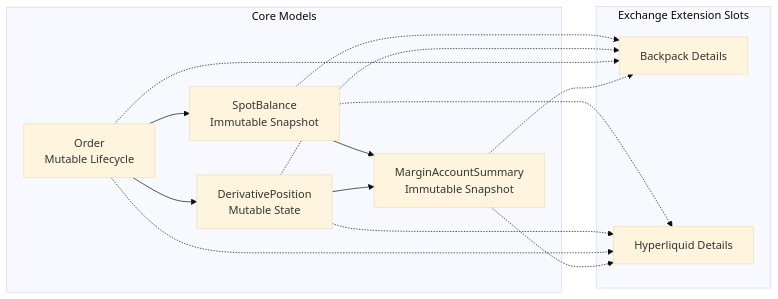
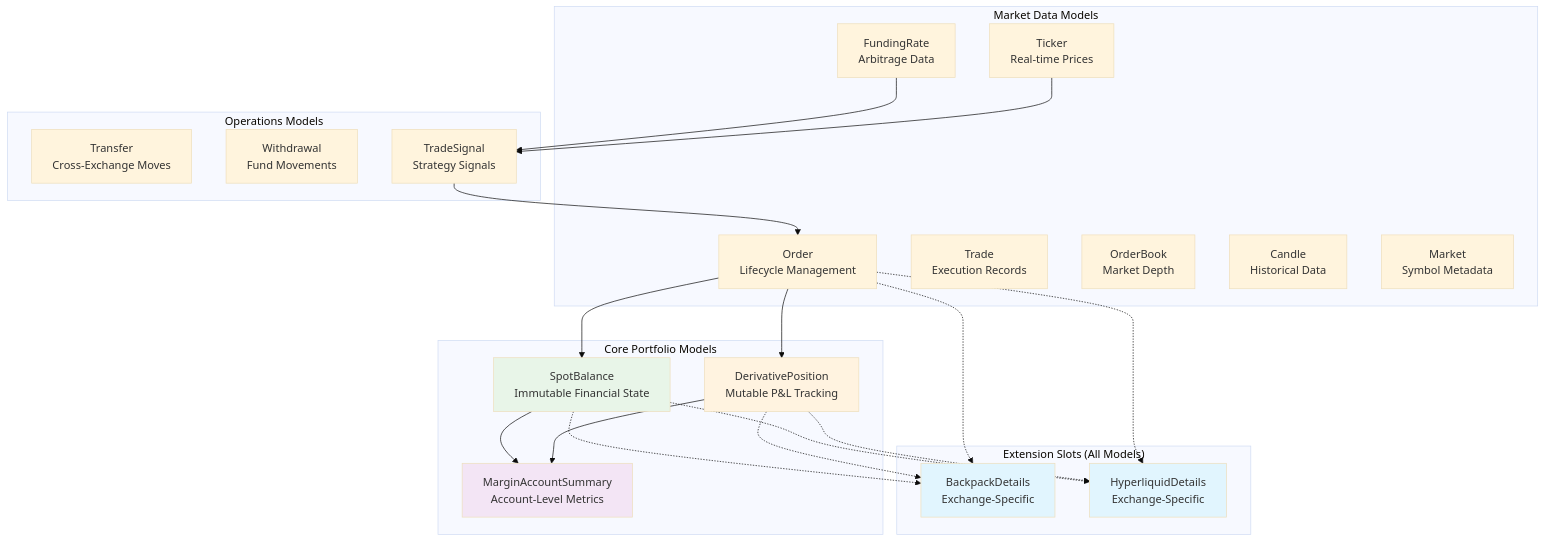
One commit to plataplomo/hummingbot changed the second of 11 diagrams in workflow/spot_vs_derivatives_tests_analysis.md. Above: the diagram before and after it, drawn with Mermaid (base theme). The commit also changed other lines of this file and 58 other files, not shown here.

````diff
--- a/workflow/spot_vs_derivatives_tests_analysis.md
+++ b/workflow/spot_vs_derivatives_tests_analysis.md
@@ -79,28 +83,51 @@
 ```mermaid
-graph LR
-    subgraph "Core Models"
-        SM[SpotBalance<br/>Immutable Snapshot]
-        DM[DerivativePosition<br/>Mutable State]
-        OM[Order<br/>Mutable Lifecycle]
-        AM[MarginAccountSummary<br/>Immutable Snapshot]
+graph TB
+    subgraph "Core Portfolio Models"
+        SB[SpotBalance<br/>Immutable Financial State]
+        DP[DerivativePosition<br/>Mutable P&L Tracking]
+        MA[MarginAccountSummary<br/>Account-Level Metrics]
     end
     
-    subgraph "Exchange Extension Slots"
-        BP[Backpack Details]
-        HL[Hyperliquid Details]
+    subgraph "Market Data Models"
+        OR[Order<br/>Lifecycle Management]
+        TR[Trade<br/>Execution Records]
+        TK[Ticker<br/>Real-time Prices]
+        OB[OrderBook<br/>Market Depth]
+        FR[FundingRate<br/>Arbitrage Data]
+        CD[Candle<br/>Historical Data]
+        MK[Market<br/>Symbol Metadata]
     end
     
-    SM -.-> BP
-    SM -.-> HL
-    DM -.-> BP
-    DM -.-> HL
-    OM -.-> BP
-    OM -.-> HL
-    AM -.-> BP
-    AM -.-> HL
+    subgraph "Operations Models"
+        TF[Transfer<br/>Cross-Exchange Moves]
+        WD[Withdrawal<br/>Fund Movements]
+        TS[TradeSignal<br/>Strategy Signals]
+    end
     
-    SM --> AM
-    DM --> AM
-    OM --> SM
-    OM --> DM
+    subgraph "Extension Slots (All Models)"
+        BP[BackpackDetails<br/>Exchange-Specific]
+        HL[HyperliquidDetails<br/>Exchange-Specific]
+    end
+    
+    SB -.-> BP
+    SB -.-> HL
+    DP -.-> BP
+    DP -.-> HL
+    OR -.-> BP
+    OR -.-> HL
+    
+    SB --> MA
+    DP --> MA
+    OR --> SB
+    OR --> DP
+    
+    FR --> TS
+    TK --> TS
+    TS --> OR
+    
+    style SB fill:#e8f5e8
+    style DP fill:#fff3e0
+    style MA fill:#f3e5f5
+    style BP fill:#e1f5fe
+    style HL fill:#e1f5fe
 ```
````
